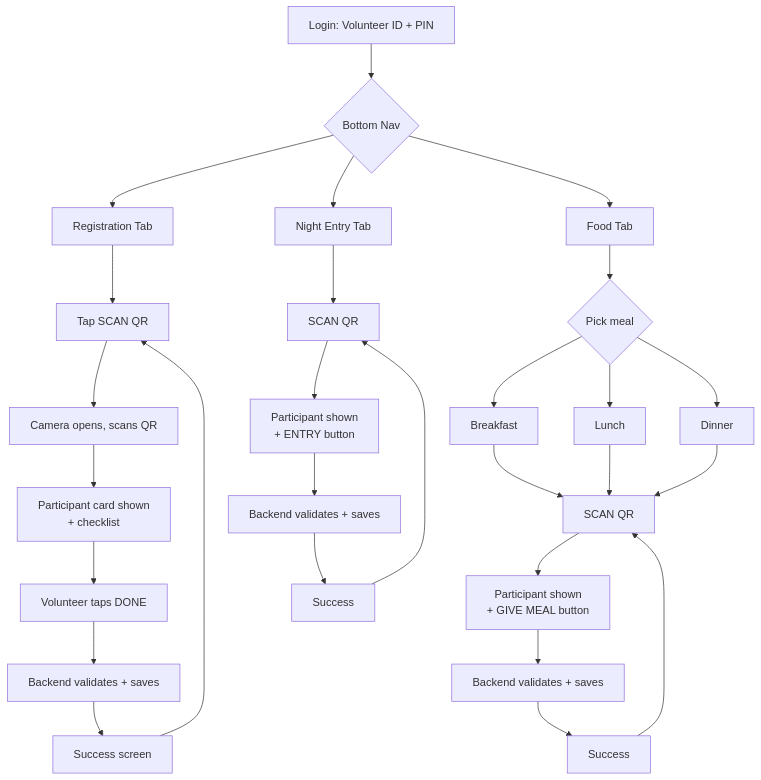
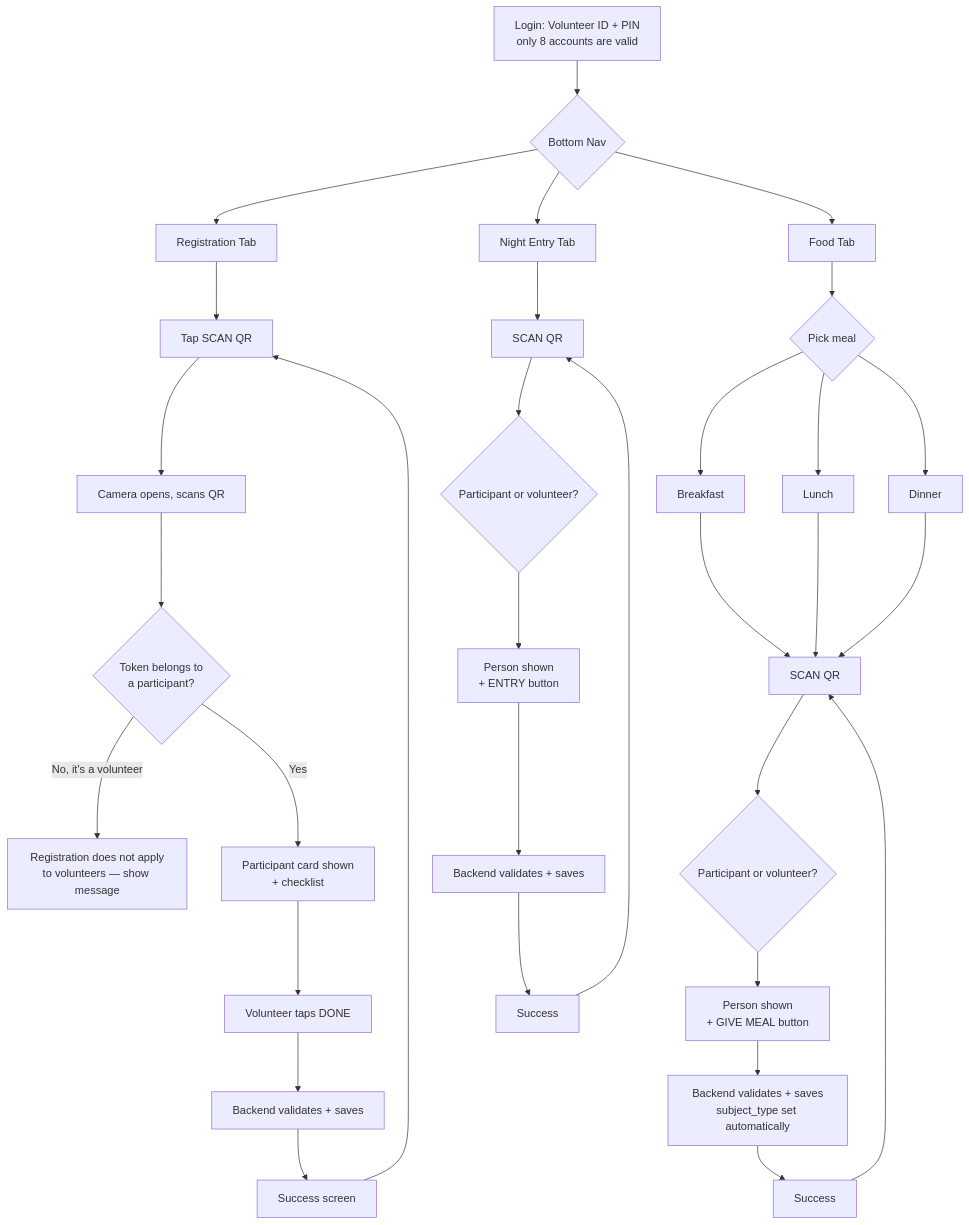
The third of 22 diagrams in Event_Entry.md (Prayas4590/TechForge2.0_App), drawn with Mermaid before and after one commit. The commit also changed other lines of this file, not shown here.

````diff
--- a/Event_Entry.md
+++ b/Event_Entry.md
@@ -140,30 +217,34 @@
 ```mermaid
 flowchart TD
-    L[Login: Volunteer ID + PIN] --> N{Bottom Nav}
+    L[Login: Volunteer ID + PIN<br/>only 8 accounts are valid] --> N{Bottom Nav}
     N --> R[Registration Tab]
     N --> F[Food Tab]
     N --> NE[Night Entry Tab]
 
     R --> RS[Tap SCAN QR]
     RS --> RC[Camera opens, scans QR]
-    RC --> RP[Participant card shown<br/>+ checklist]
+    RC --> RCheck{Token belongs to<br/>a participant?}
+    RCheck -- No, it's a volunteer --> RErr[Registration does not apply<br/>to volunteers — show message]
+    RCheck -- Yes --> RP[Participant card shown<br/>+ checklist]
     RP --> RD[Volunteer taps DONE]
     RD --> RB[Backend validates + saves]
     RB --> RSucc[Success screen] --> RS
 
     F --> FM{Pick meal}
     FM --> B1[Breakfast]
     FM --> L1[Lunch]
     FM --> D1[Dinner]
     B1 --> FS[SCAN QR]
     L1 --> FS
     D1 --> FS
-    FS --> FC[Participant shown<br/>+ GIVE MEAL button]
-    FC --> FB[Backend validates + saves]
+    FS --> FDetect{Participant or volunteer?}
+    FDetect --> FC[Person shown<br/>+ GIVE MEAL button]
+    FC --> FB[Backend validates + saves<br/>subject_type set automatically]
     FB --> FSucc[Success] --> FS
 
     NE --> NS[SCAN QR]
-    NS --> NC[Participant shown<br/>+ ENTRY button]
+    NS --> NDetect{Participant or volunteer?}
+    NDetect --> NC[Person shown<br/>+ ENTRY button]
     NC --> NB[Backend validates + saves]
     NB --> NSucc[Success] --> NS
 ```
````
